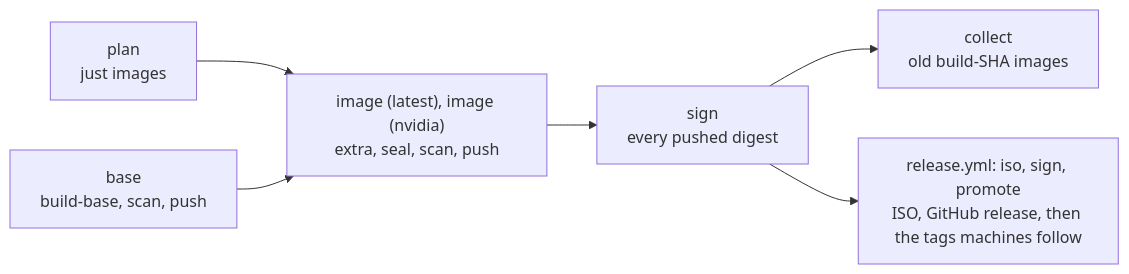
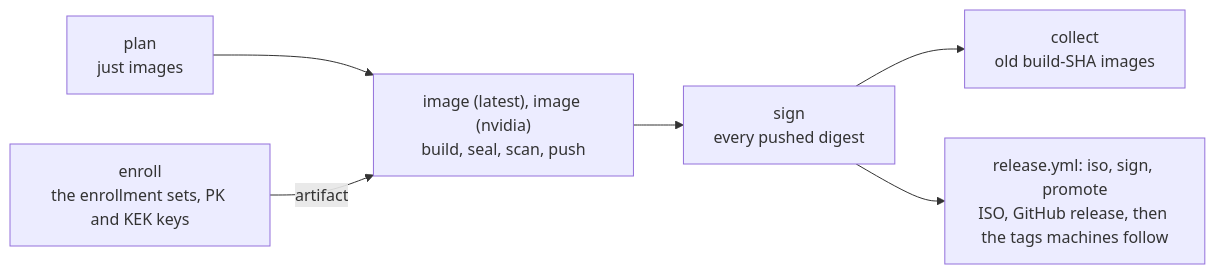
One commit to LucaRickli/fedora-bootc changed the third of 3 diagrams in docs/architecture/build.md. Above: the diagram before and after it, drawn with Mermaid. The commit also changed other lines of this file and 84 other files, not shown here.

````diff
--- a/docs/architecture/build.md
+++ b/docs/architecture/build.md
@@ -222,8 +226,8 @@
 ```mermaid
 flowchart LR
-    p["plan<br/>just images"] --> i["image (latest), image (nvidia)<br/>extra, seal, scan, push"]
-    b["base<br/>build-base, scan, push"] --> i
+    p["plan<br/>just images"] --> i["image (latest), image (nvidia)<br/>build, seal, scan, push"]
+    e["enroll<br/>the enrollment sets, PK and KEK keys"] -- "artifact" --> i
     i --> s["sign<br/>every pushed digest"]
     s --> c["collect<br/>old build-SHA images"]
     s --> r["release.yml: iso, sign, promote<br/>ISO, GitHub release, then the tags machines follow"]
 ```
````
